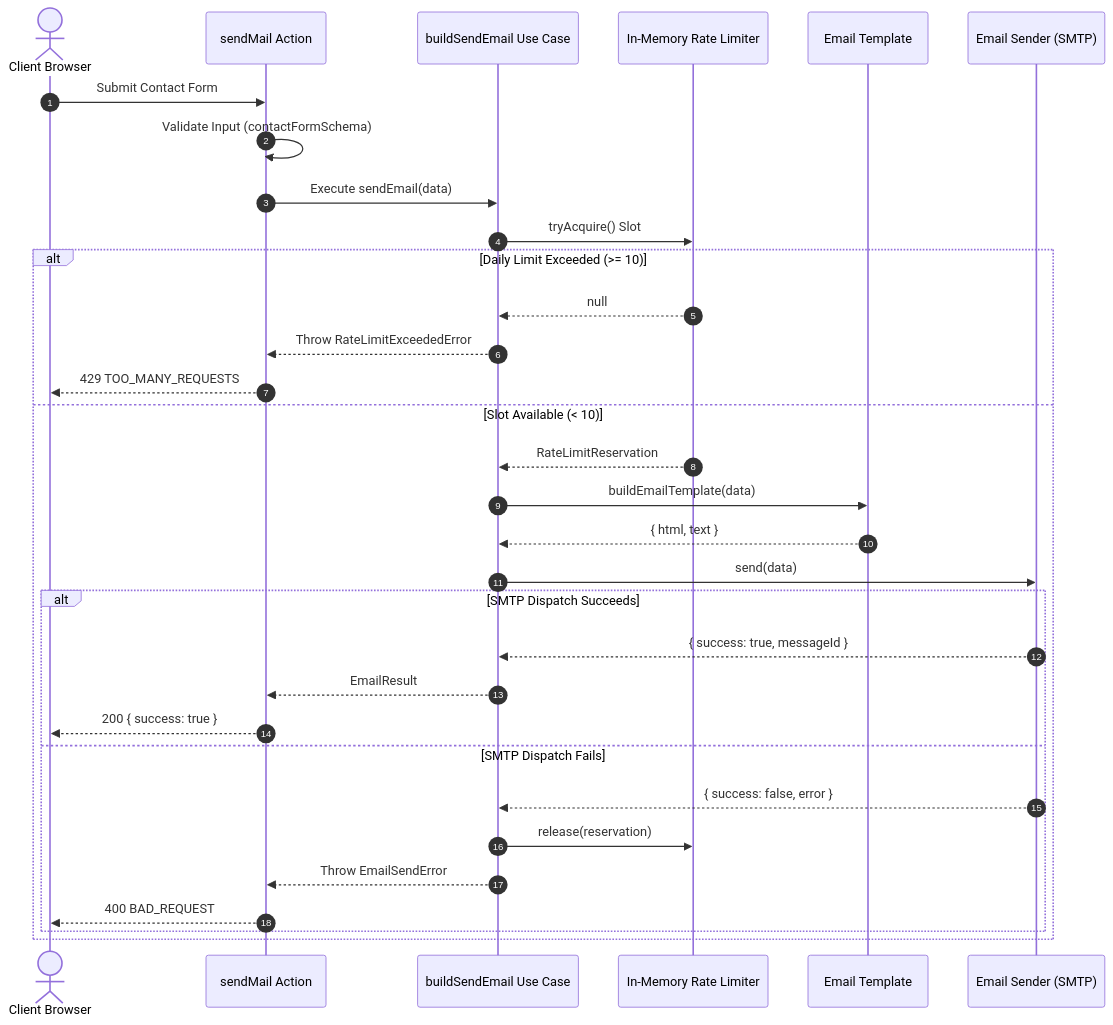
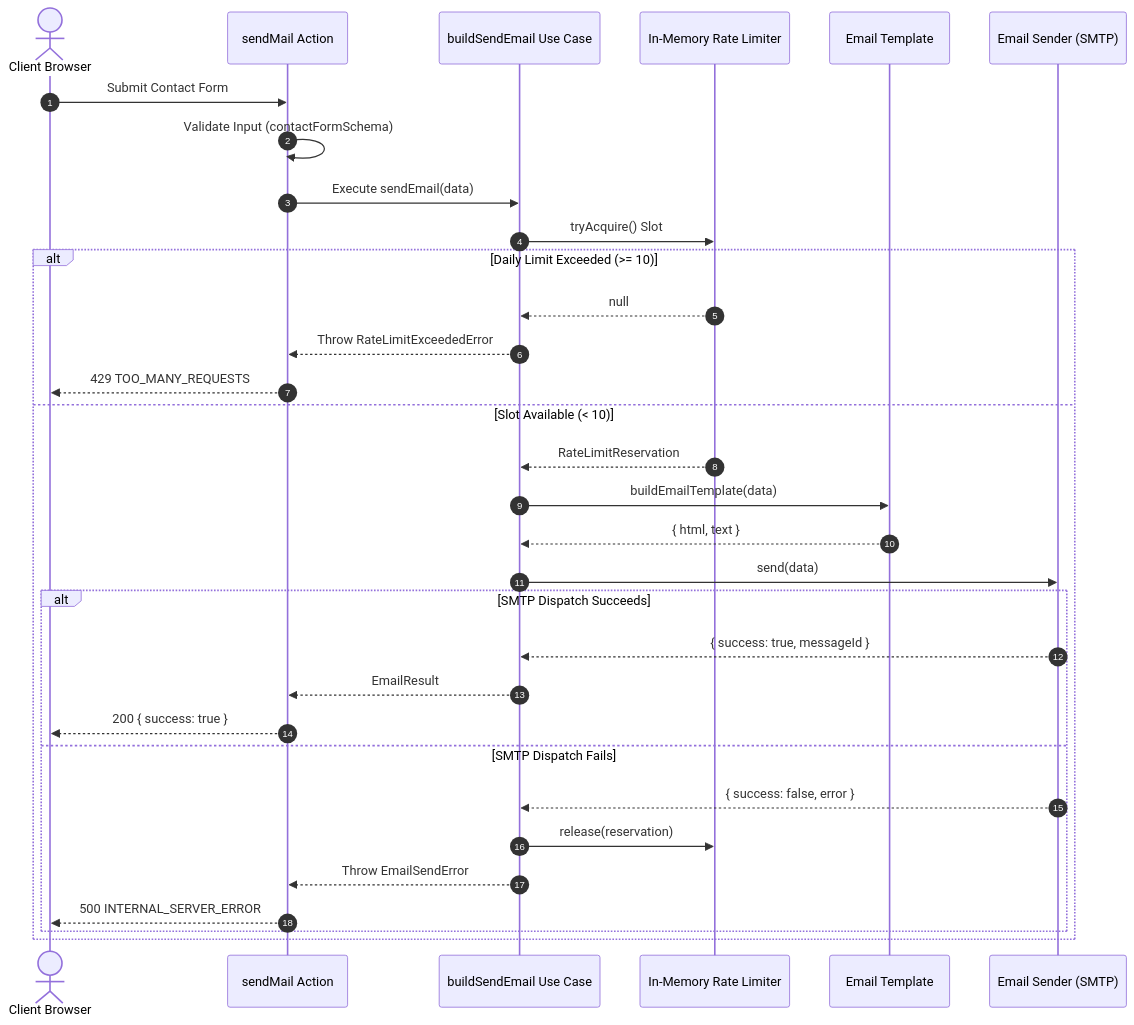
Before and after one commit to LucaKnobel/web-portfolio: the diagram in docs/mail-processing.md, drawn with Mermaid. The commit also changed 8 other files, not shown here.

````diff
--- a/docs/mail-processing.md
+++ b/docs/mail-processing.md
@@ -7,37 +7,37 @@
 ```mermaid
 sequenceDiagram
     autonumber
     actor User as Client Browser
     participant Action as sendMail Action
     participant UseCase as buildSendEmail Use Case
     participant Limiter as In-Memory Rate Limiter
     participant Template as Email Template
     participant Sender as Email Sender (SMTP)
 
     User->>Action: Submit Contact Form
     Action->>Action: Validate Input (contactFormSchema)
     Action->>UseCase: Execute sendEmail(data)
 
     UseCase->>Limiter: tryAcquire() Slot
     alt Daily Limit Exceeded (>= 10)
         Limiter-->>UseCase: null
         UseCase-->>Action: Throw RateLimitExceededError
         Action-->>User: 429 TOO_MANY_REQUESTS
     else Slot Available (< 10)
         Limiter-->>UseCase: RateLimitReservation
         UseCase->>Template: buildEmailTemplate(data)
         Template-->>UseCase: { html, text }
         UseCase->>Sender: send(data)
 
         alt SMTP Dispatch Succeeds
             Sender-->>UseCase: { success: true, messageId }
             UseCase-->>Action: EmailResult
             Action-->>User: 200 { success: true }
         else SMTP Dispatch Fails
             Sender-->>UseCase: { success: false, error }
             UseCase->>Limiter: release(reservation)
             UseCase-->>Action: Throw EmailSendError
-            Action-->>User: 400 BAD_REQUEST
+            Action-->>User: 500 INTERNAL_SERVER_ERROR
         end
     end
 ```
````
